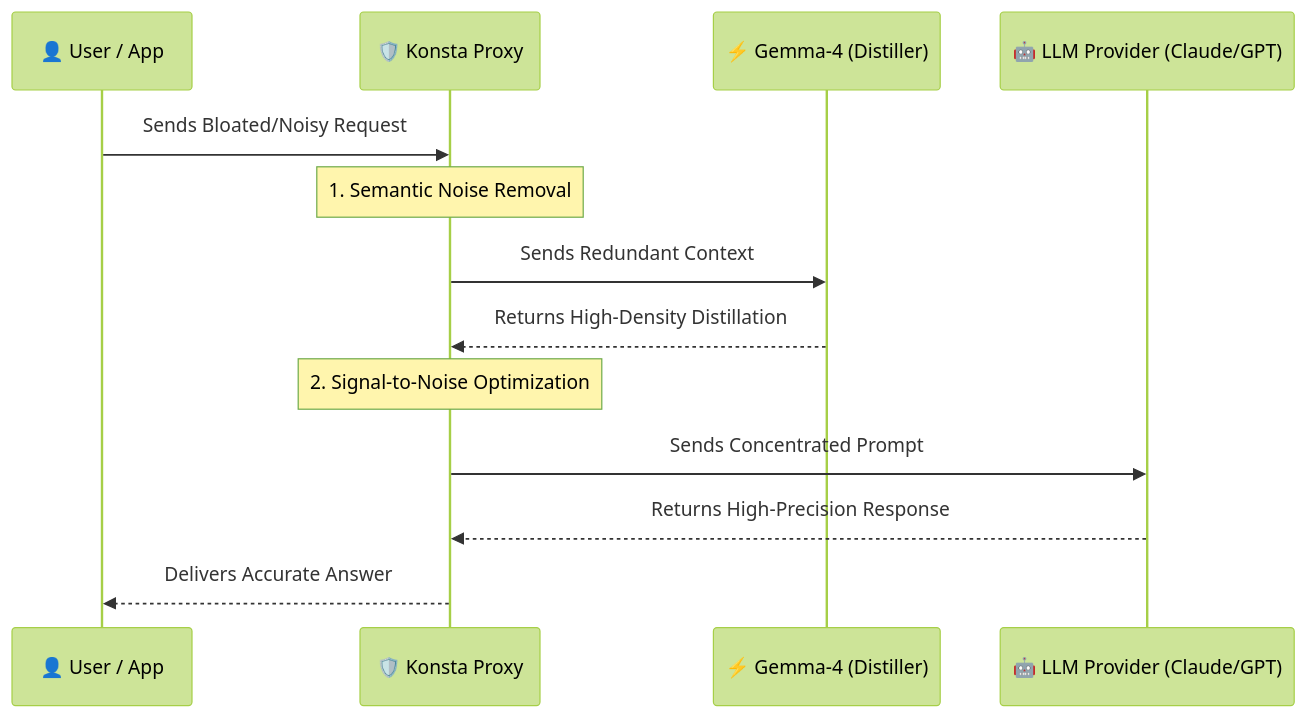
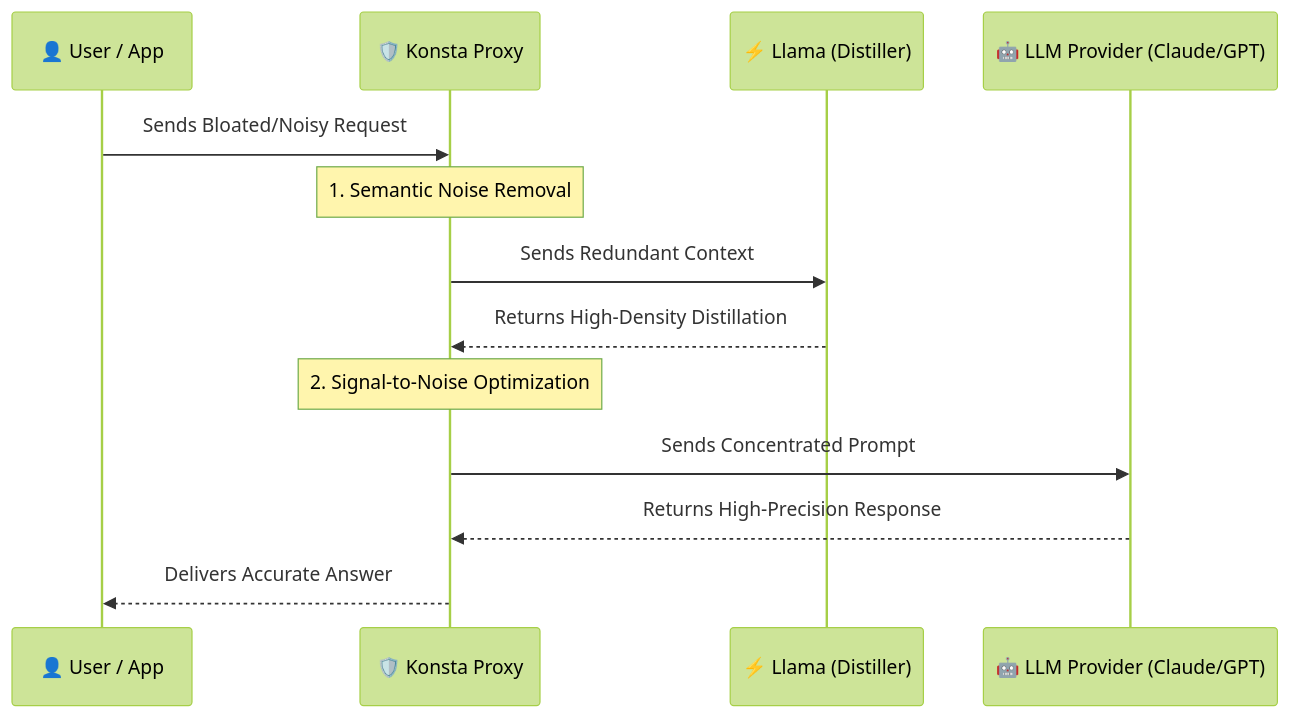
Before and after one commit to QxFx0/Konsta: the diagram in README.md, drawn with Mermaid (forest theme). The commit also changed other lines of this file and 43 other files, not shown here.

````diff
--- a/README.md
+++ b/README.md
@@ -53,16 +53,16 @@
 ```mermaid
 sequenceDiagram
     participant User as 👤 User / App
     participant Konsta as 🛡️ Konsta Proxy
-    participant Distill as ⚡ Gemma-4 (Distiller)
+    participant Distill as ⚡ Llama (Distiller)
     participant Provider as 🤖 LLM Provider (Claude/GPT)
 
     User->>Konsta: Sends Bloated/Noisy Request
     Note over Konsta: 1. Semantic Noise Removal
     Konsta->>Distill: Sends Redundant Context
     Distill-->>Konsta: Returns High-Density Distillation
     Note over Konsta: 2. Signal-to-Noise Optimization
     Konsta->>Provider: Sends Concentrated Prompt
     Provider-->>Konsta: Returns High-Precision Response
     Konsta-->>User: Delivers Accurate Answer
 ```
````
